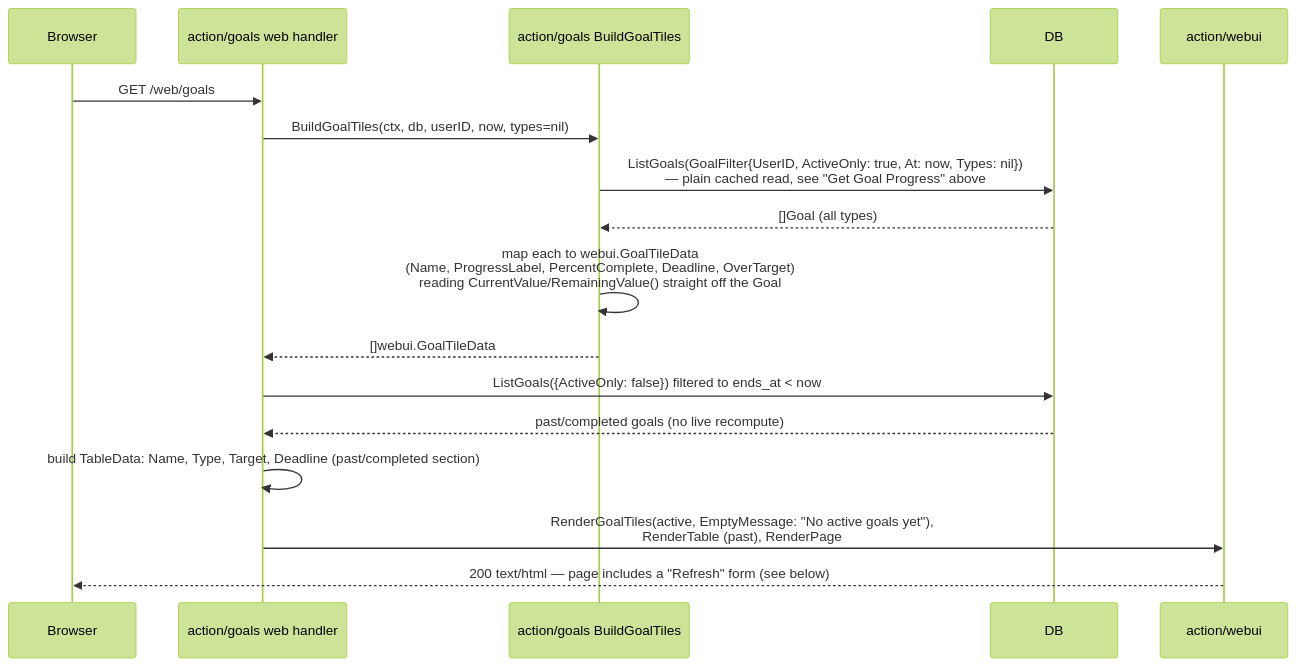
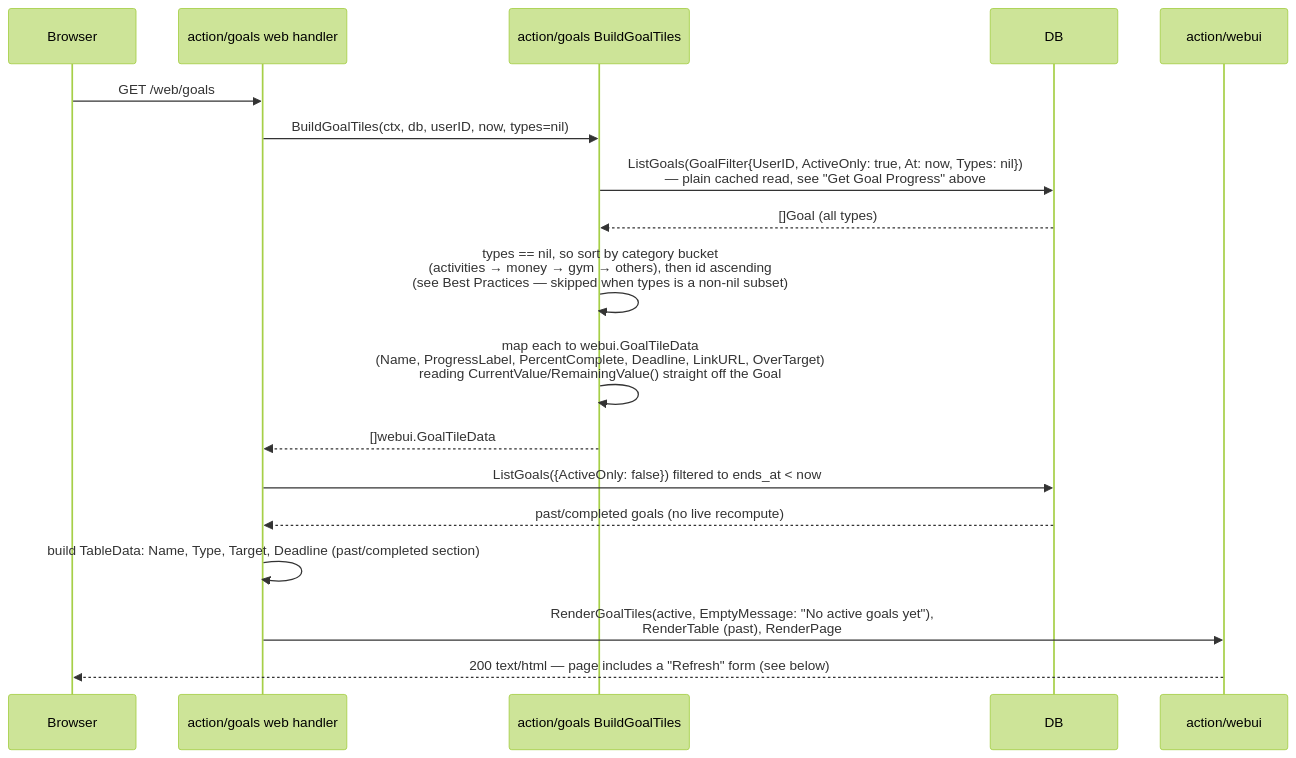
One commit to rusinikita/personal changed the eighth of 10 diagrams in docs/functions/goals-spec.md. Above: the diagram before and after it, drawn with Mermaid (forest theme). The commit also changed other lines of this file and 7 other files, not shown here.

First line of the commit message:
feat(goals): style e-ink goal cards, add category sort and drill-down links

````diff
--- a/docs/functions/goals-spec.md
+++ b/docs/functions/goals-spec.md
@@ -296,20 +298,21 @@
 ```mermaid
 sequenceDiagram
     participant Browser
     participant Handler as action/goals web handler
     participant Goals as action/goals BuildGoalTiles
     participant DB
     participant Webui as action/webui
 
     Browser->>Handler: GET /web/goals
     Handler->>Goals: BuildGoalTiles(ctx, db, userID, now, types=nil)
     Goals->>DB: ListGoals(GoalFilter{UserID, ActiveOnly: true, At: now, Types: nil})<br/>— plain cached read, see "Get Goal Progress" above
     DB-->>Goals: []Goal (all types)
-    Goals->>Goals: map each to webui.GoalTileData<br/>(Name, ProgressLabel, PercentComplete, Deadline, OverTarget)<br/>reading CurrentValue/RemainingValue() straight off the Goal
+    Goals->>Goals: types == nil, so sort by category bucket<br/>(activities → money → gym → others), then id ascending<br/>(see Best Practices — skipped when types is a non-nil subset)
+    Goals->>Goals: map each to webui.GoalTileData<br/>(Name, ProgressLabel, PercentComplete, Deadline, LinkURL, OverTarget)<br/>reading CurrentValue/RemainingValue() straight off the Goal
     Goals-->>Handler: []webui.GoalTileData
     Handler->>DB: ListGoals({ActiveOnly: false}) filtered to ends_at < now
     DB-->>Handler: past/completed goals (no live recompute)
     Handler->>Handler: build TableData: Name, Type, Target, Deadline (past/completed section)
     Handler->>Webui: RenderGoalTiles(active, EmptyMessage: "No active goals yet"),<br/>RenderTable (past), RenderPage
     Webui-->>Browser: 200 text/html — page includes a "Refresh" form (see below)
 ```
````
